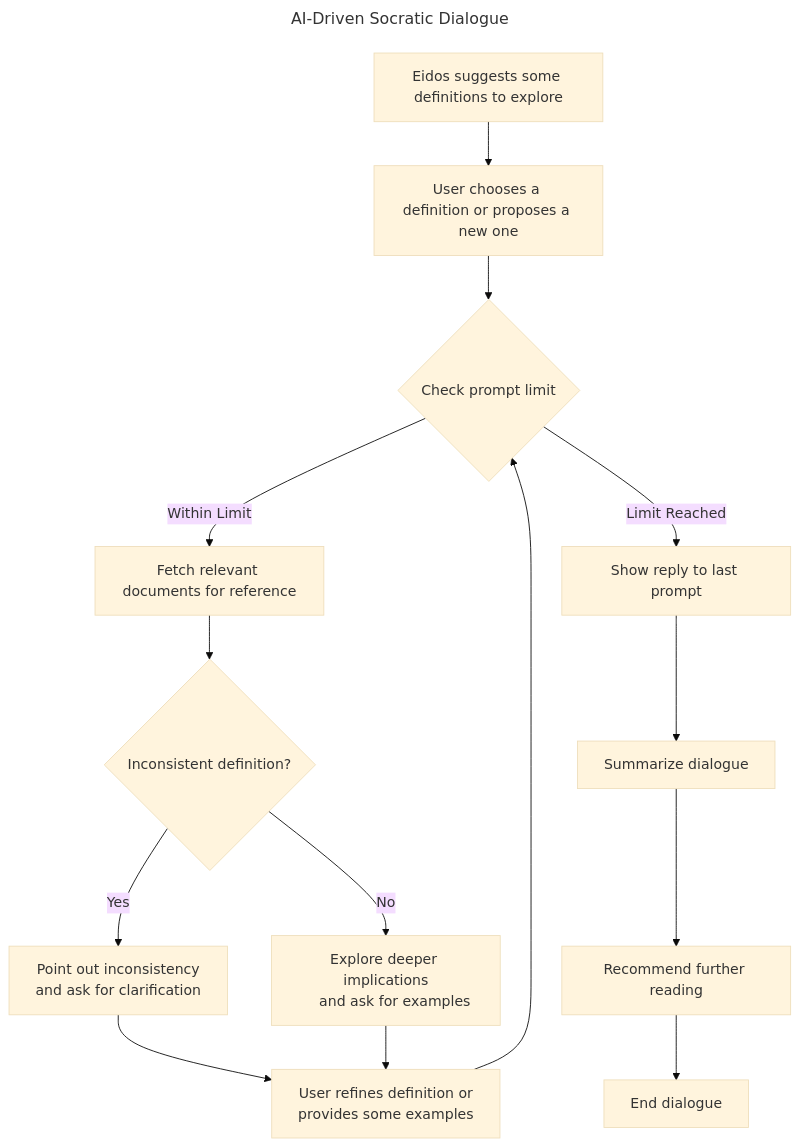
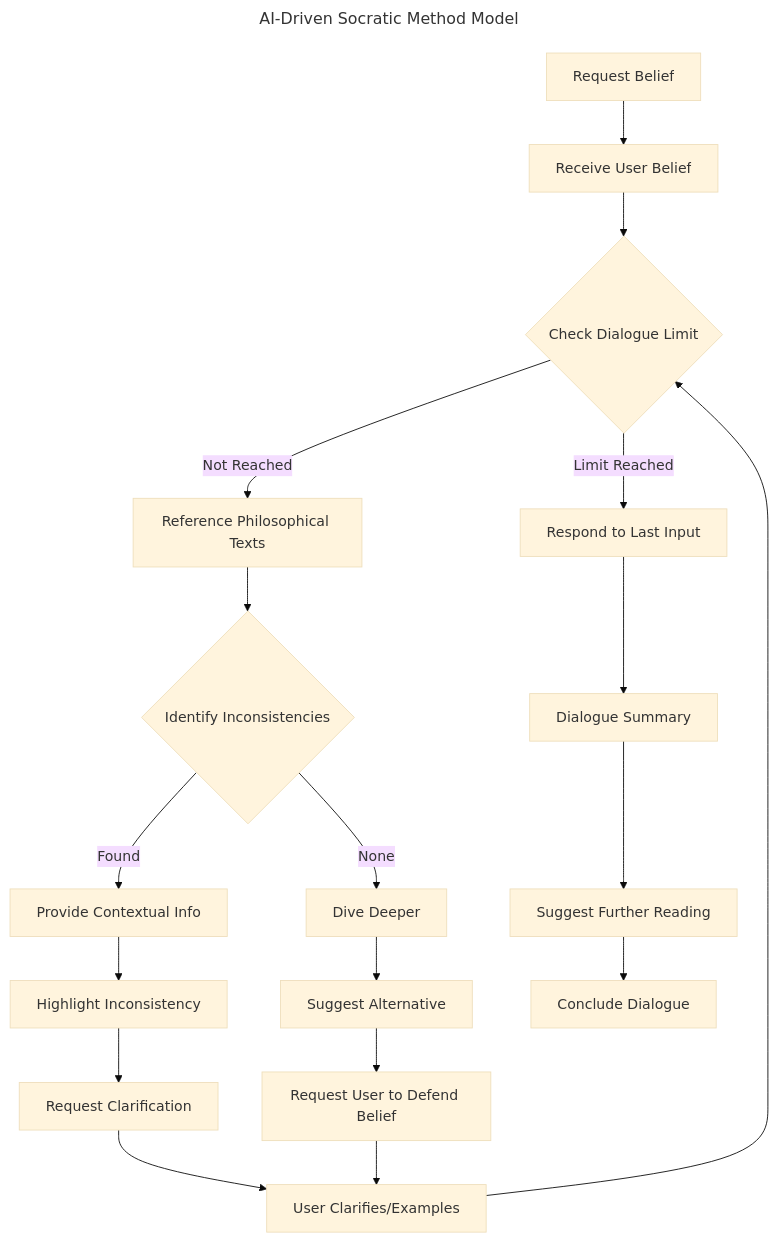
Before and after one commit to rixmape/eidos: the diagram in README.md, drawn with Mermaid (base theme). The commit also changed other lines of this file, not shown here.

Commit message:
Update to improve project information

````diff
--- a/README.md
+++ b/README.md
@@ -5,23 +23,27 @@
 ```mermaid
 ---
-title: AI-Driven Socratic Dialogue
-
+title: AI-Driven Socratic Method Model
 ---
 flowchart TD
-    A[Eidos suggests some definitions to explore] --> B[User chooses a definition or proposes a new one]
-    B --> C{Check prompt limit}
-    C -- Within Limit --> D[Fetch relevant documents for reference]
-    D --> E{Inconsistent definition?}
-    E -- Yes --> F[Point out inconsistency
-    and ask for clarification]
-    F --> G[User refines definition or
-    provides some examples]
-    G --> C
-    E -- No --> H[Explore deeper implications
-    and ask for examples]
-    H --> G
-    C -- Limit Reached --> I[Show reply to last prompt]
-    I --> J[Summarize dialogue]
-    J --> K[Recommend further reading]
-    K --> Z[End dialogue]
+  A[Request Belief] --> B[Receive User Belief]
+  B --> C{Check Dialogue Limit}
+
+  C -- Not Reached --> D[Reference Philosophical Texts]
+  D --> E{Identify Inconsistencies}
+
+  E -- Found --> F[Provide Contextual Info]
+  F --> G[Highlight Inconsistency]
+  G --> H[Request Clarification]
+  H --> I[User Clarifies/Examples]
+  I --> C
+
+  E -- None --> J[Dive Deeper]
+  J --> K[Suggest Alternative]
+  K --> L[Request User to Defend Belief]
+  L --> I
+
+  C -- Limit Reached --> M[Respond to Last Input]
+  M --> N[Dialogue Summary]
+  N --> O[Suggest Further Reading]
+  O --> P[Conclude Dialogue]
 ```
````
